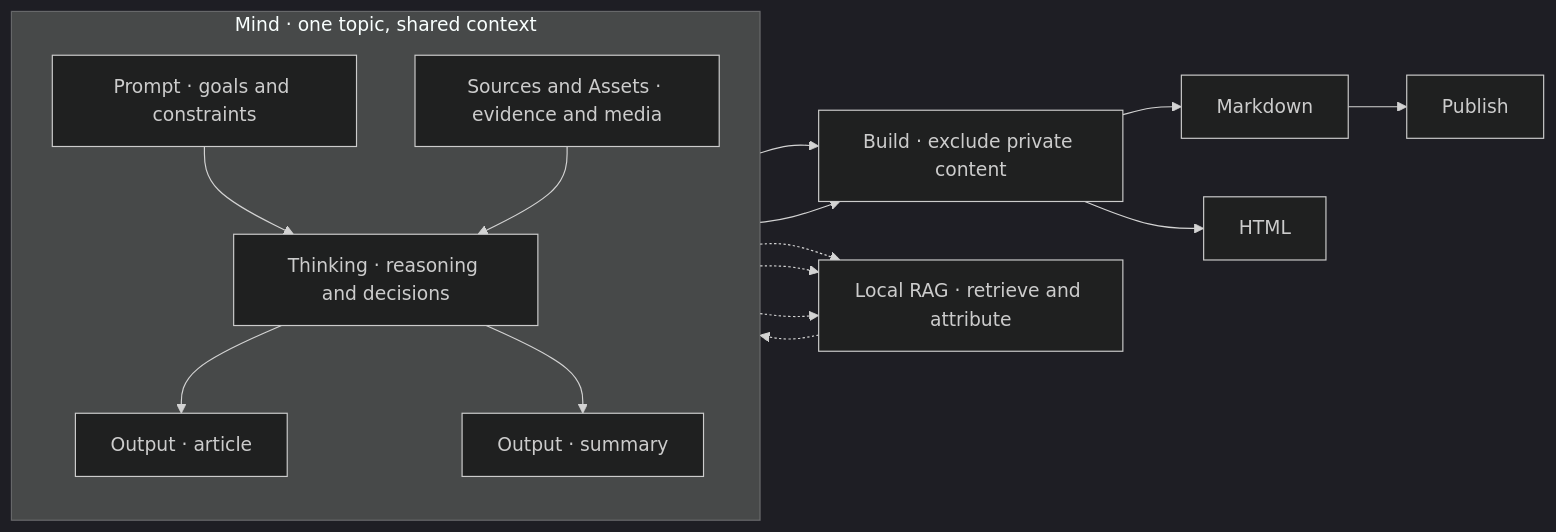
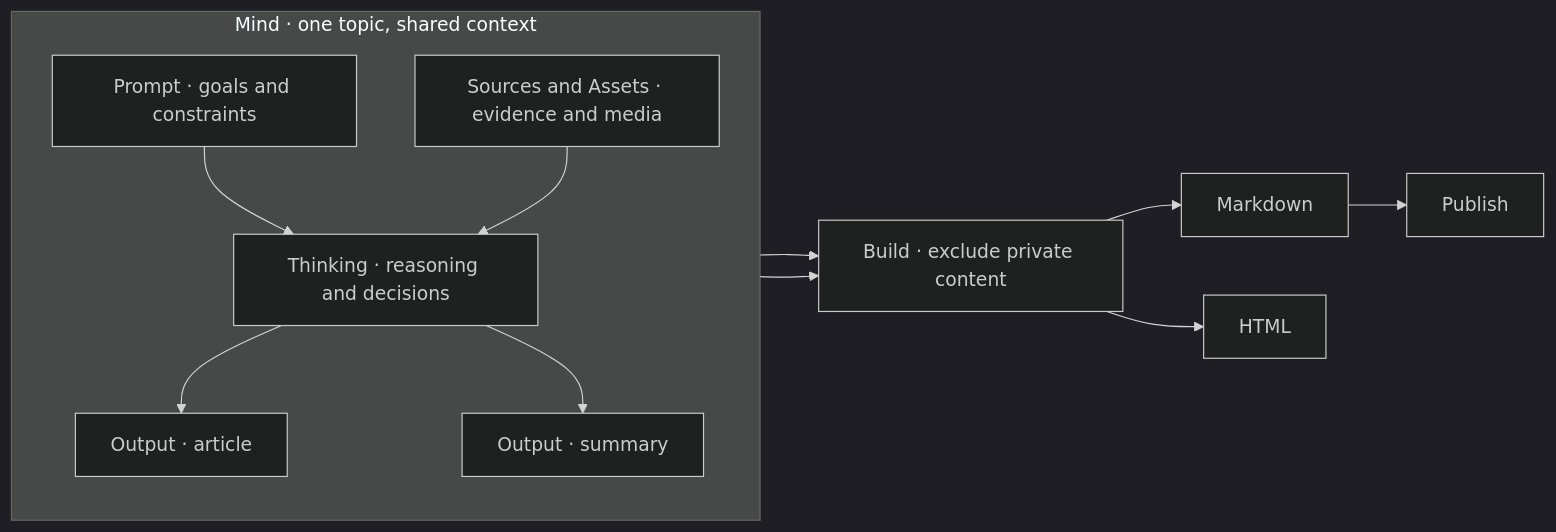
One commit to alswl/mind-forge changed the first of 2 diagrams in README.md. Above: the diagram before and after it, drawn with Mermaid (dark theme). The commit also changed other lines of this file and 122 other files, not shown here.

````diff
--- a/README.md
+++ b/README.md
@@ -14,19 +14,15 @@
 ```mermaid
 flowchart LR
   subgraph Mind["Mind · one topic, shared context"]
     direction TB
     Intent["Prompt · goals and constraints"] --> Reason["Thinking · reasoning and decisions"]
     Evidence["Sources and Assets · evidence and media"] --> Reason
     Reason --> Article["Output · article"]
     Reason --> Summary["Output · summary"]
   end
   Article --> Build["Build · exclude private content"]
   Summary --> Build
   Build --> MD[Markdown]
   Build --> HTML[HTML]
   MD --> Publish[Publish]
-  Evidence -.-> Search["Local RAG · retrieve and attribute"]
-  Article -.-> Search
-  Summary -.-> Search
-  Search -.-> Reason
 ```
````
